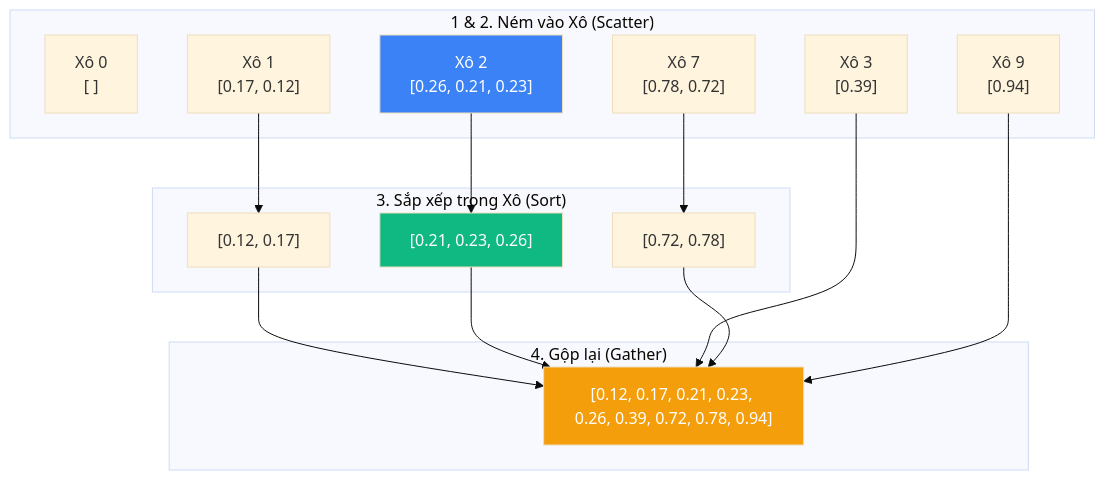
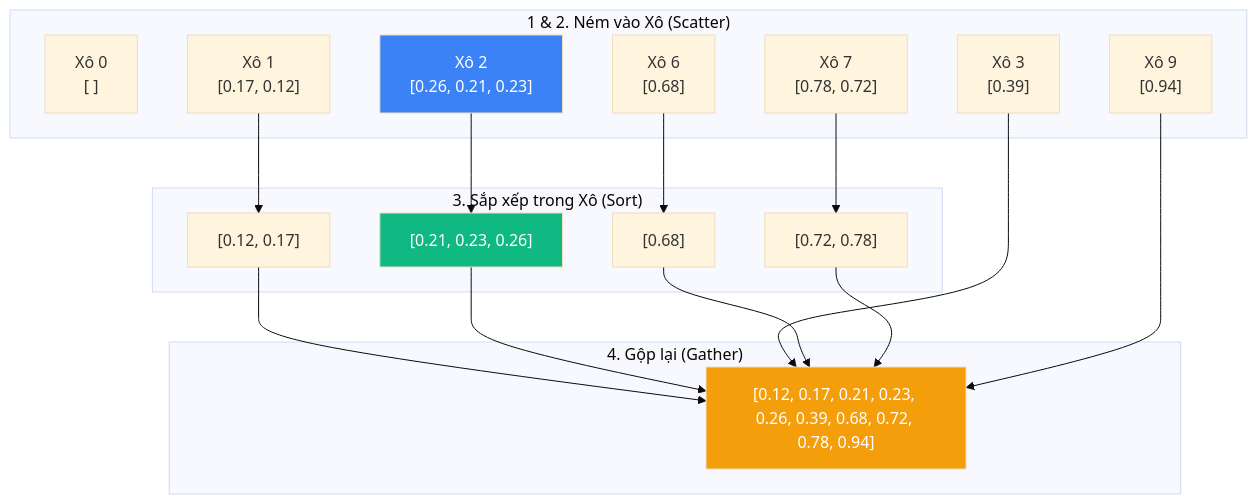
The diagram in frontend/src/features/docs/content/sorting/bucket-sort.md (maitieubao/VisualizationDSA), drawn with Mermaid (base theme) before and after one commit. The commit also changed other lines of this file and 570 other files, not shown here.

````diff
--- a/frontend/src/features/docs/content/sorting/bucket-sort.md
+++ b/frontend/src/features/docs/content/sorting/bucket-sort.md
@@ -30,35 +31,39 @@
 ```mermaid
 flowchart TD
     subgraph "1 & 2. Ném vào Xô (Scatter)"
         B0["Xô 0\n[ ]"]
         B1["Xô 1\n[0.17, 0.12]"]
         B2["Xô 2\n[0.26, 0.21, 0.23]"]
         B3["Xô 3\n[0.39]"]
+        B6["Xô 6\n[0.68]"]
         B7["Xô 7\n[0.78, 0.72]"]
         B9["Xô 9\n[0.94]"]
     end
     
     subgraph "3. Sắp xếp trong Xô (Sort)"
         S1["[0.12, 0.17]"]
         S2["[0.21, 0.23, 0.26]"]
+        S6["[0.68]"]
         S7["[0.72, 0.78]"]
     end
     
     subgraph "4. Gộp lại (Gather)"
-        O["[0.12, 0.17, 0.21, 0.23, 0.26, 0.39, 0.72, 0.78, 0.94]"]
+        O["[0.12, 0.17, 0.21, 0.23, 0.26, 0.39, 0.68, 0.72, 0.78, 0.94]"]
     end
     
     B1 --> S1
     B2 --> S2
+    B6 --> S6
     B7 --> S7
     
     S1 --> O
     S2 --> O
     B3 --> O
+    S6 --> O
     S7 --> O
     B9 --> O
     
     style B2 fill:#3b82f6,color:#fff
     style S2 fill:#10b981,color:#fff
     style O fill:#f59e0b,color:#fff
 ```
````
